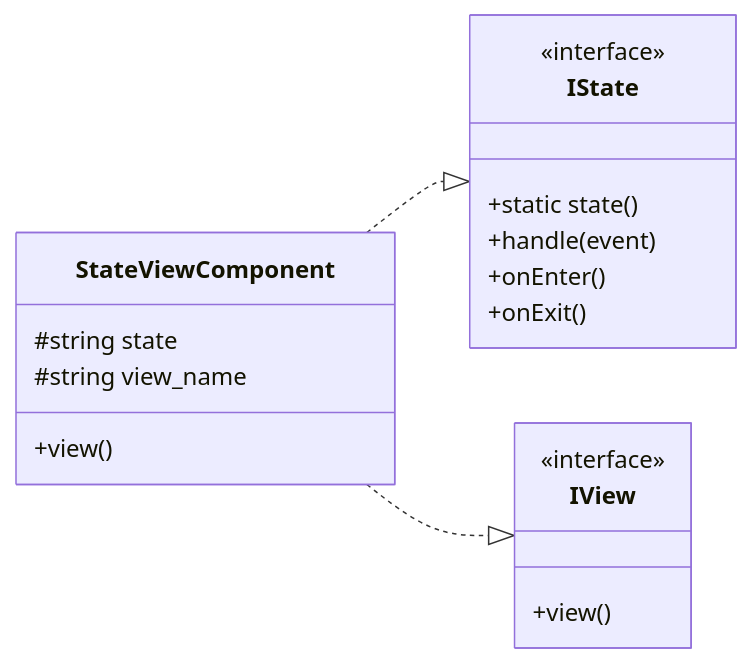
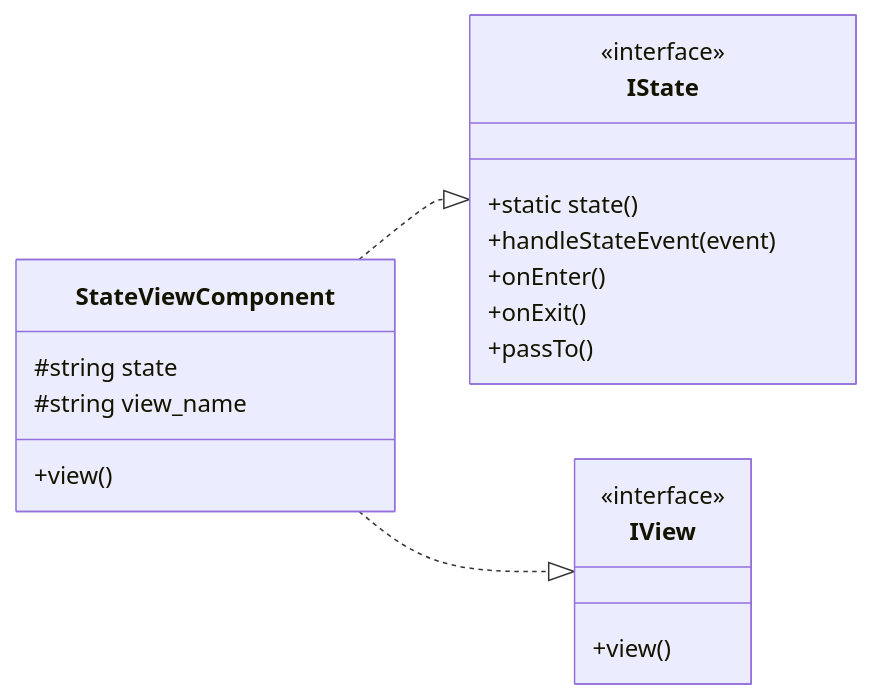
Before and after one commit to eormeno/base-project: the second of 4 diagrams in docs/class_diagrams.md, drawn with Mermaid.

Commit message:
class diagram update

````diff
--- a/docs/class_diagrams.md
+++ b/docs/class_diagrams.md
@@ -68,22 +68,23 @@
 ```mermaid
 classDiagram
     direction LR
     class IState {
         <<interface>>
         +static state()
-        +handle(event)
+        +handleStateEvent(event)
         +onEnter()
         +onExit()
+        +passTo()
     }
     class IView {
         <<interface>>
         +view()
     }
     class StateViewComponent {
         #string state
         #string view_name
         +view()
     }
     StateViewComponent ..|> IState
     StateViewComponent ..|> IView
 ```
````
